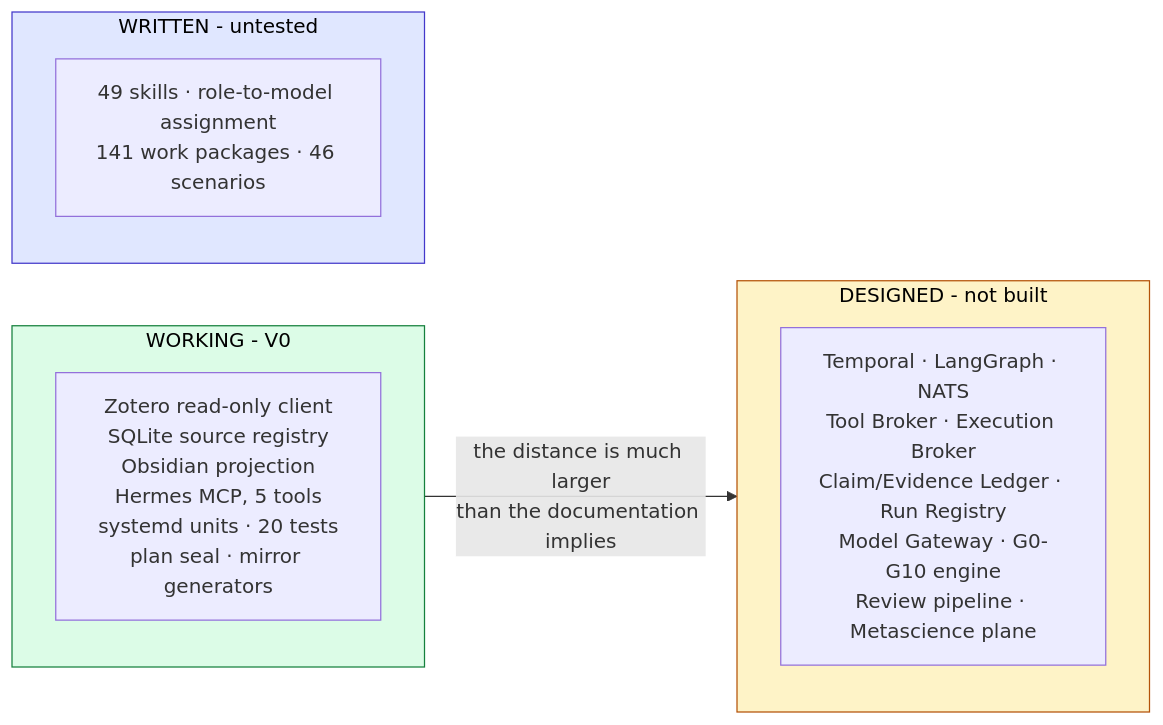
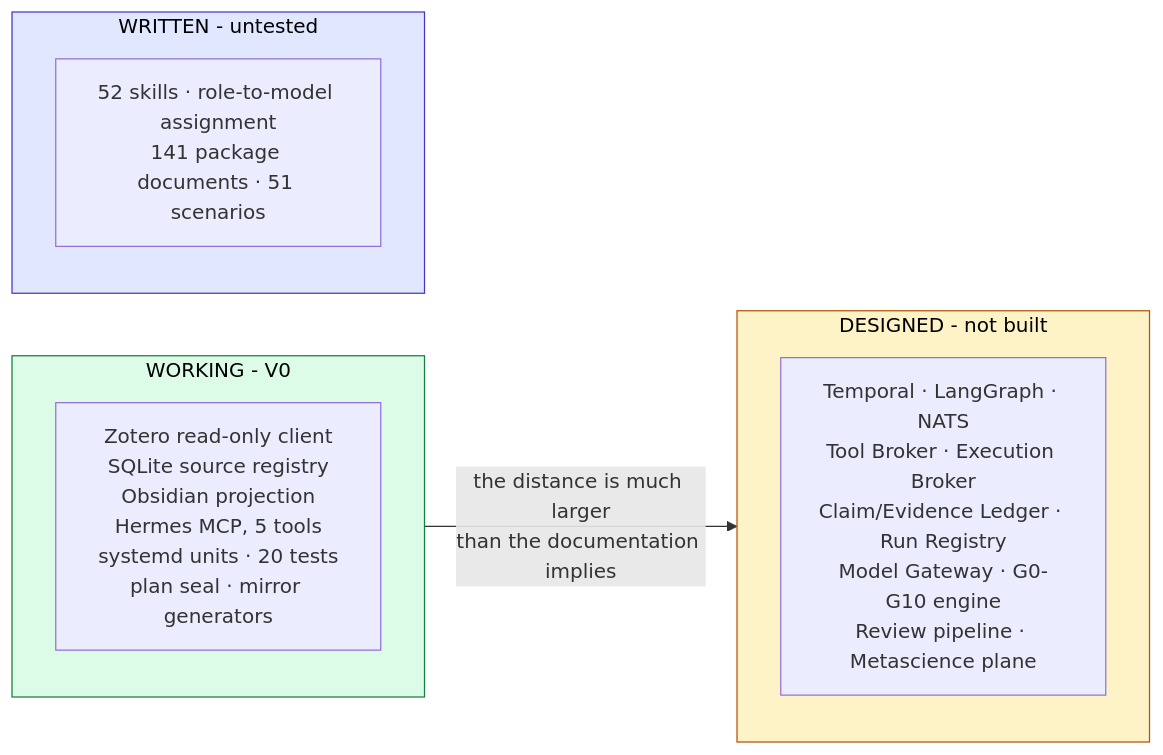
One commit to furkanhanilci/AETHRION changed diagram 13 of 14 in README.md. Above: the diagram before and after it, drawn with Mermaid. The commit also changed other lines of this file and 104 other files, not shown here.

````diff
--- a/README.md
+++ b/README.md
@@ -587,16 +587,16 @@
 ```mermaid
 flowchart LR
     subgraph WORKING["WORKING - V0"]
         W["Zotero read-only client<br/>SQLite source registry<br/>Obsidian projection<br/>Hermes MCP, 5 tools<br/>systemd units · 20 tests<br/>plan seal · mirror generators"]
     end
     subgraph DESIGNED["DESIGNED - not built"]
         D["Temporal · LangGraph · NATS<br/>Tool Broker · Execution Broker<br/>Claim/Evidence Ledger · Run Registry<br/>Model Gateway · G0-G10 engine<br/>Review pipeline · Metascience plane"]
     end
     subgraph WRITTEN["WRITTEN - untested"]
-        S["49 skills · role-to-model assignment<br/>141 work packages · 46 scenarios"]
+        S["52 skills · role-to-model assignment<br/>141 package documents · 51 scenarios"]
     end
     WORKING -->|"the distance is much larger<br/>than the documentation implies"| DESIGNED
     style WORKING fill:#dcfce7,stroke:#15803d,color:#000
     style DESIGNED fill:#fef3c7,stroke:#b45309,color:#000
     style WRITTEN fill:#e0e7ff,stroke:#4338ca,color:#000
 ```
````
